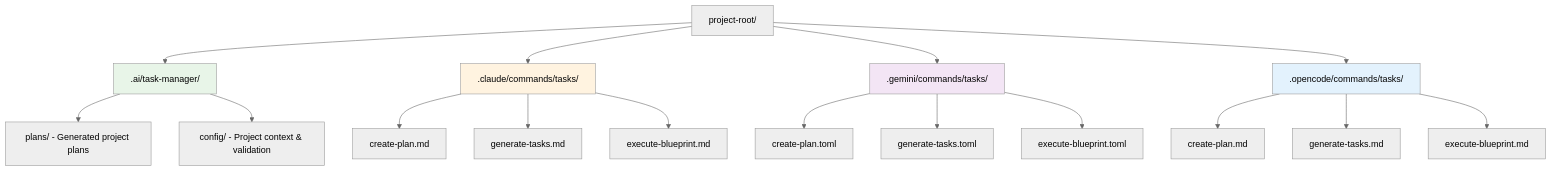
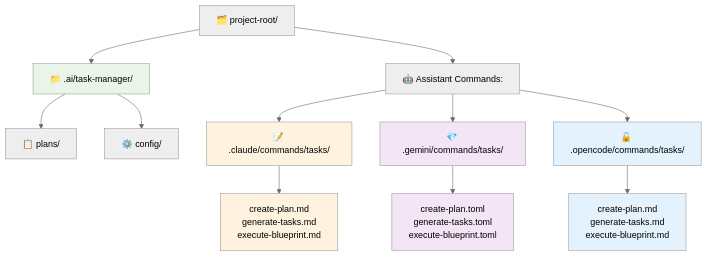
One commit to e0ipso/ai-task-manager changed the third of 4 diagrams in docs/index.md. Above: the diagram before and after it, drawn with Mermaid (neutral theme).

Commit message:
fix: make directory structure diagram more mobile-friendly
- Convert horizontal layout to vertical flowchart for better rendering
- Add emojis to improve visual hierarchy and comprehension
- Group command files using line breaks for compact display
- Maintain color coding for different assistant types
- Optimize for mobile viewport and readability

````diff
--- a/docs/index.md
+++ b/docs/index.md
@@ -78,27 +78,23 @@
 ```mermaid
-graph TD
-    A[project-root/] --> B[.ai/task-manager/]
-    A --> C[.claude/commands/tasks/]
-    A --> D[.gemini/commands/tasks/]
-    A --> E[.opencode/commands/tasks/]
+flowchart TD
+    A[🗂️ project-root/] --> B[📁 .ai/task-manager/]
+    B --> B1[📋 plans/]
+    B --> B2[⚙️ config/]
     
-    B --> B1[plans/ - Generated project plans]
-    B --> B2[config/ - Project context & validation]
+    A --> C[🤖 Assistant Commands:]
+    C --> C1[📝 .claude/commands/tasks/]
+    C --> D1[💎 .gemini/commands/tasks/] 
+    C --> E1[🔓 .opencode/commands/tasks/]
     
-    C --> C1[create-plan.md]
-    C --> C2[generate-tasks.md] 
-    C --> C3[execute-blueprint.md]
-    
-    D --> D1[create-plan.toml]
-    D --> D2[generate-tasks.toml]
-    D --> D3[execute-blueprint.toml]
-    
-    E --> E1[create-plan.md]
-    E --> E2[generate-tasks.md]
-    E --> E3[execute-blueprint.md]
+    C1 --> C2[create-plan.md<br/>generate-tasks.md<br/>execute-blueprint.md]
+    D1 --> D2[create-plan.toml<br/>generate-tasks.toml<br/>execute-blueprint.toml]
+    E1 --> E2[create-plan.md<br/>generate-tasks.md<br/>execute-blueprint.md]
     
     style B fill:#e8f5e8
-    style C fill:#fff3e0
-    style D fill:#f3e5f5
-    style E fill:#e3f2fd
+    style C1 fill:#fff3e0
+    style D1 fill:#f3e5f5 
+    style E1 fill:#e3f2fd
+    style C2 fill:#fff3e0
+    style D2 fill:#f3e5f5
+    style E2 fill:#e3f2fd
 ```
````
